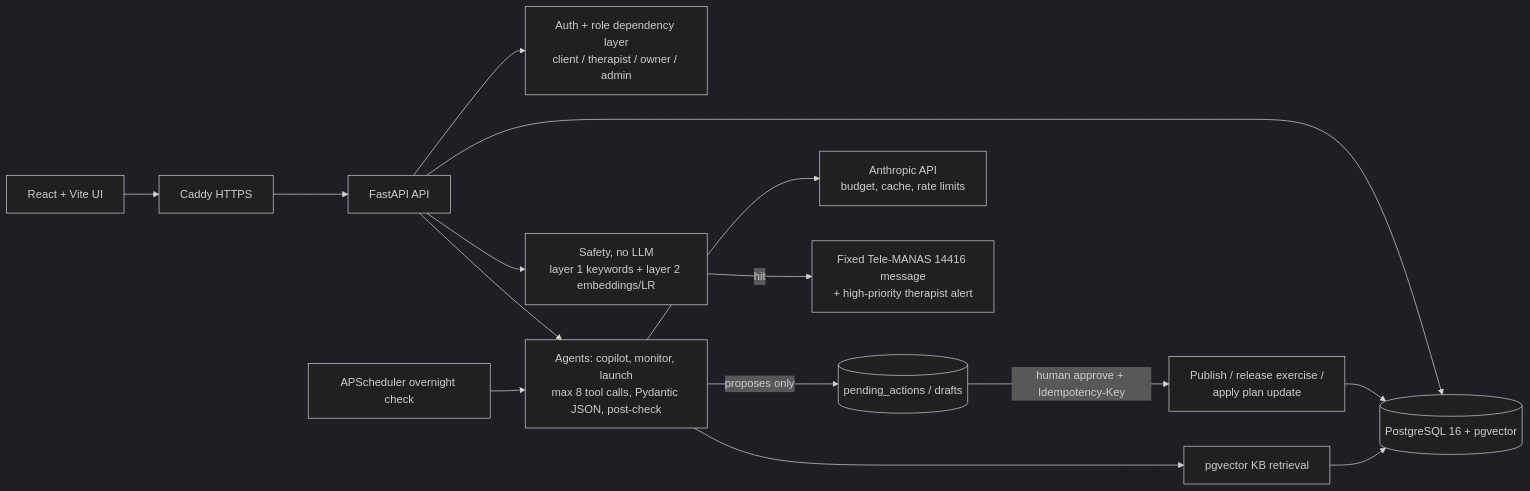
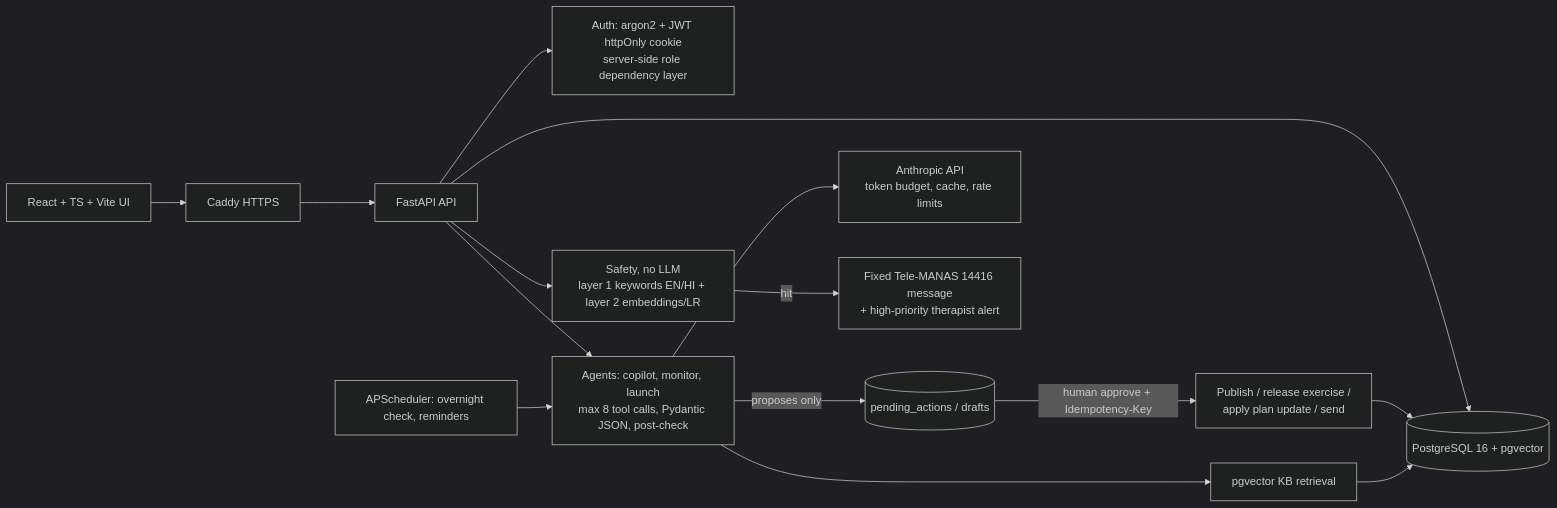
The first of 2 diagrams in README.md (divyanshi-15/counselling-platform), drawn with Mermaid (dark theme) before and after one commit. The commit also changed other lines of this file and 4 other files, not shown here.

````diff
--- a/README.md
+++ b/README.md
@@ -7,17 +7,17 @@
 ```mermaid
 flowchart LR
-    Browser[React + Vite UI] --> Caddy[Caddy HTTPS]
+    Browser[React + TS + Vite UI] --> Caddy[Caddy HTTPS]
     Caddy --> API[FastAPI API]
-    API --> Auth[Auth + role dependency layer<br/>client / therapist / owner / admin]
-    API --> Safety[Safety, no LLM<br/>layer 1 keywords + layer 2 embeddings/LR]
+    API --> Auth[Auth: argon2 + JWT httpOnly cookie<br/>server-side role dependency layer]
+    API --> Safety[Safety, no LLM<br/>layer 1 keywords EN/HI + layer 2 embeddings/LR]
     API --> Agents[Agents: copilot, monitor, launch<br/>max 8 tool calls, Pydantic JSON, post-check]
     Agents -->|proposes only| Pending[(pending_actions / drafts)]
-    Pending -->|human approve + Idempotency-Key| Apply[Publish / release exercise /<br/>apply plan update]
-    Agents --> LLM[Anthropic API<br/>budget, cache, rate limits]
+    Pending -->|human approve + Idempotency-Key| Apply[Publish / release exercise /<br/>apply plan update / send]
+    Agents --> LLM[Anthropic API<br/>token budget, cache, rate limits]
     Agents --> RAG[pgvector KB retrieval]
     API --> DB[(PostgreSQL 16 + pgvector)]
     Safety -->|hit| Crisis[Fixed Tele-MANAS 14416 message<br/>+ high-priority therapist alert]
     Apply --> DB
     RAG --> DB
-    Scheduler[APScheduler overnight check] --> Agents
+    Scheduler[APScheduler: overnight check, reminders] --> Agents
 ```
````
